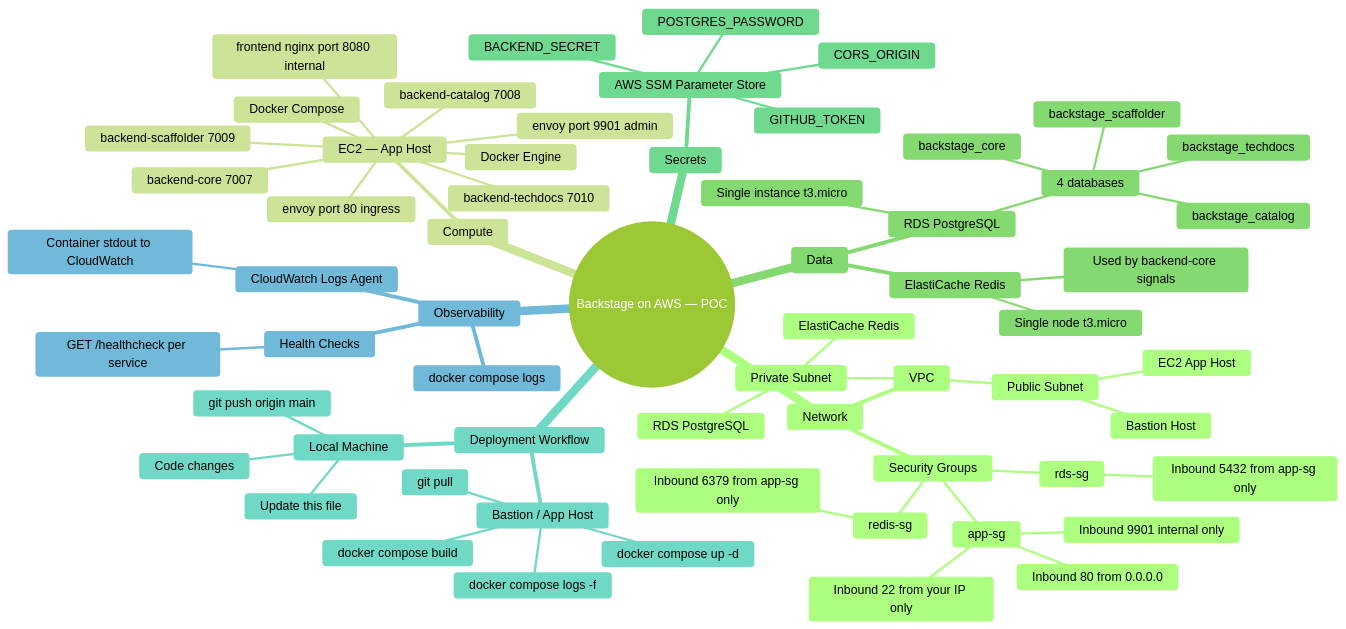
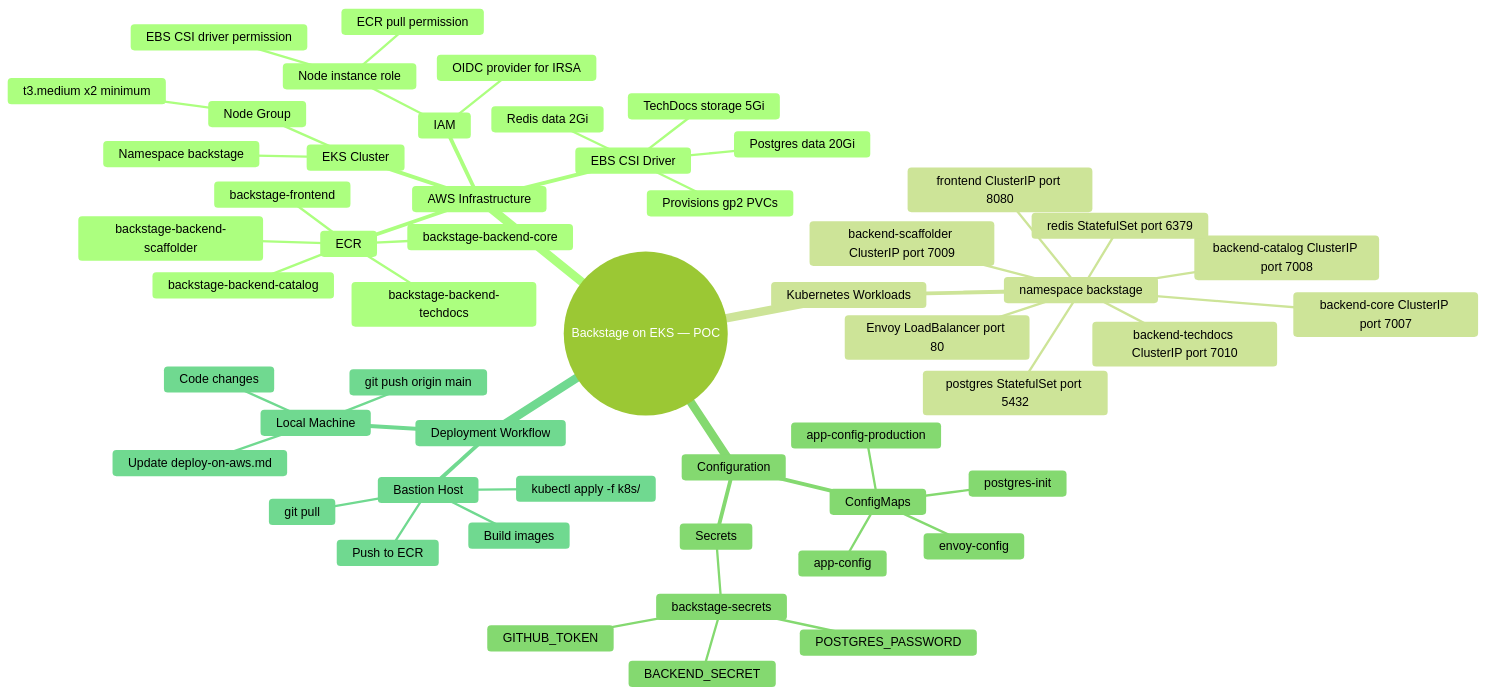
Before and after one commit to k3mahesh/backstage-micro-service: the diagram in deploy-on-aws.md, drawn with Mermaid (forest theme). The commit also changed other lines of this file and 18 other files, not shown here.

First line of the commit message:
Add k8s/ manifests for EKS deployment, move from docker-compose to Kubernetes

````diff
--- a/deploy-on-aws.md
+++ b/deploy-on-aws.md
@@ -13,65 +13,56 @@
 ```mermaid
 mindmap
-  root((Backstage on AWS — POC))
-    Network
-      VPC
-        Public Subnet
-          EC2 App Host
-          Bastion Host
-        Private Subnet
-          RDS PostgreSQL
-          ElastiCache Redis
-      Security Groups
-        app-sg
-          Inbound 80 from 0.0.0.0
-          Inbound 9901 internal only
-          Inbound 22 from your IP only
-        rds-sg
-          Inbound 5432 from app-sg only
-        redis-sg
-          Inbound 6379 from app-sg only
-    Compute
-      EC2 — App Host
-        Docker Engine
-        Docker Compose
-        envoy port 80 ingress
-        envoy port 9901 admin
-        frontend nginx port 8080 internal
-        backend-core 7007
-        backend-catalog 7008
-        backend-scaffolder 7009
-        backend-techdocs 7010
-    Data
-      RDS PostgreSQL
-        Single instance t3.micro
-        4 databases
-          backstage_core
-          backstage_catalog
-          backstage_scaffolder
-          backstage_techdocs
-      ElastiCache Redis
-        Single node t3.micro
-        Used by backend-core signals
-    Secrets
-      AWS SSM Parameter Store
-        BACKEND_SECRET
-        GITHUB_TOKEN
-        POSTGRES_PASSWORD
-        CORS_ORIGIN
+  root((Backstage on EKS — POC))
+    AWS Infrastructure
+      EKS Cluster
+        Namespace backstage
+        Node Group
+          t3.medium x2 minimum
+      ECR
+        backstage-frontend
+        backstage-backend-core
+        backstage-backend-catalog
+        backstage-backend-scaffolder
+        backstage-backend-techdocs
+      IAM
+        Node instance role
+          ECR pull permission
+          EBS CSI driver permission
+        OIDC provider for IRSA
+      EBS CSI Driver
+        Provisions gp2 PVCs
+        Postgres data 20Gi
+        Redis data 2Gi
+        TechDocs storage 5Gi
+    Kubernetes Workloads
+      namespace backstage
+        Envoy LoadBalancer port 80
+        frontend ClusterIP port 8080
+        backend-core ClusterIP port 7007
+        backend-catalog ClusterIP port 7008
+        backend-scaffolder ClusterIP port 7009
+        backend-techdocs ClusterIP port 7010
+        postgres StatefulSet port 5432
+        redis StatefulSet port 6379
+    Configuration
+      ConfigMaps
+        app-config
+        app-config-production
+        envoy-config
+        postgres-init
+      Secrets
+        backstage-secrets
+          BACKEND_SECRET
+          GITHUB_TOKEN
+          POSTGRES_PASSWORD
     Deployment Workflow
       Local Machine
         Code changes
-        Update this file
+        Update deploy-on-aws.md
         git push origin main
-      Bastion / App Host
+      Bastion Host
         git pull
-        docker compose build
-        docker compose up -d
-        docker compose logs -f
-    Observability
-      docker compose logs
-      CloudWatch Logs Agent
-        Container stdout to CloudWatch
-      Health Checks
-        GET /healthcheck per service
+        Build images
+        Push to ECR
+        kubectl apply -f k8s/
 ```
````
